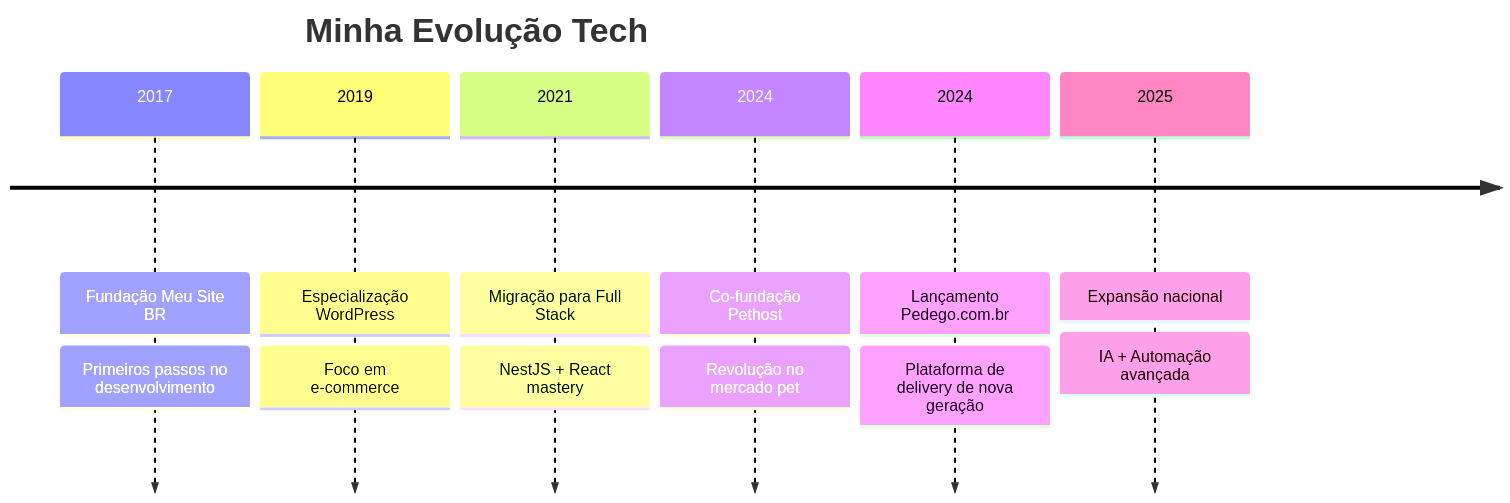
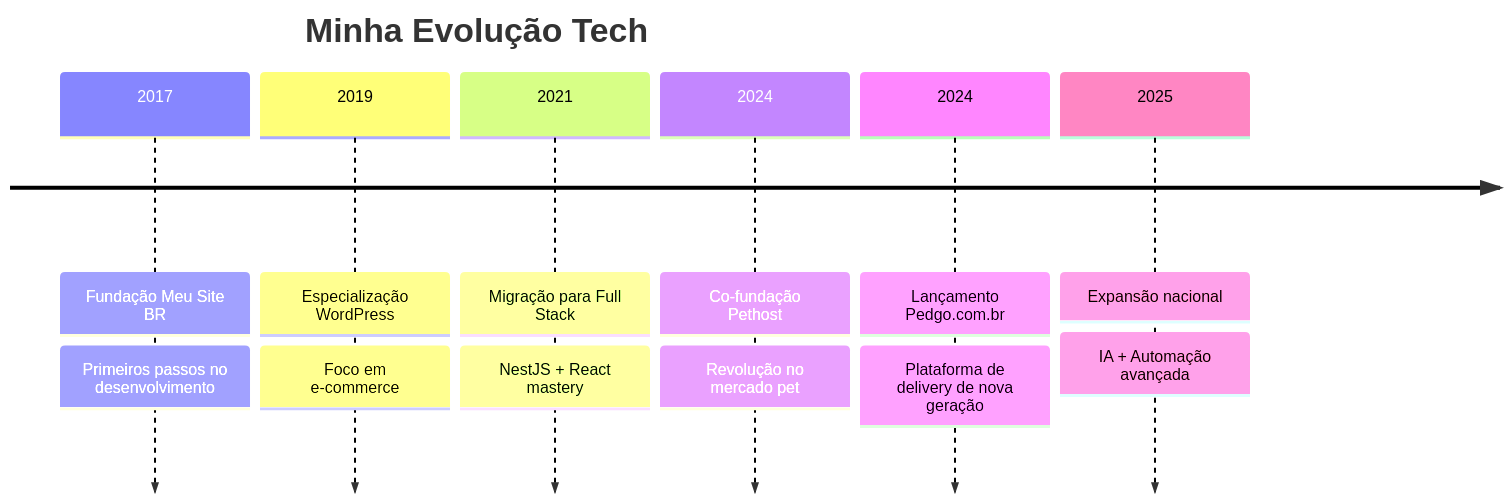
The diagram in README.md (allankdev/allankdev), drawn with Mermaid before and after one commit. The commit also changed other lines of this file, not shown here.

````diff
--- a/README.md
+++ b/README.md
@@ -159,16 +159,16 @@
 ```mermaid
 timeline
     title Minha Evolução Tech
     2017 : Fundação Meu Site BR
          : Primeiros passos no desenvolvimento
     2019 : Especialização WordPress
          : Foco em e-commerce
     2021 : Migração para Full Stack
          : NestJS + React mastery
     2024 : Co-fundação Pethost
          : Revolução no mercado pet
-    2024 : Lançamento Pedego.com.br
+    2024 : Lançamento Pedgo.com.br
          : Plataforma de delivery de nova geração
     2025 : Expansão nacional
          : IA + Automação avançada
 ```
````
